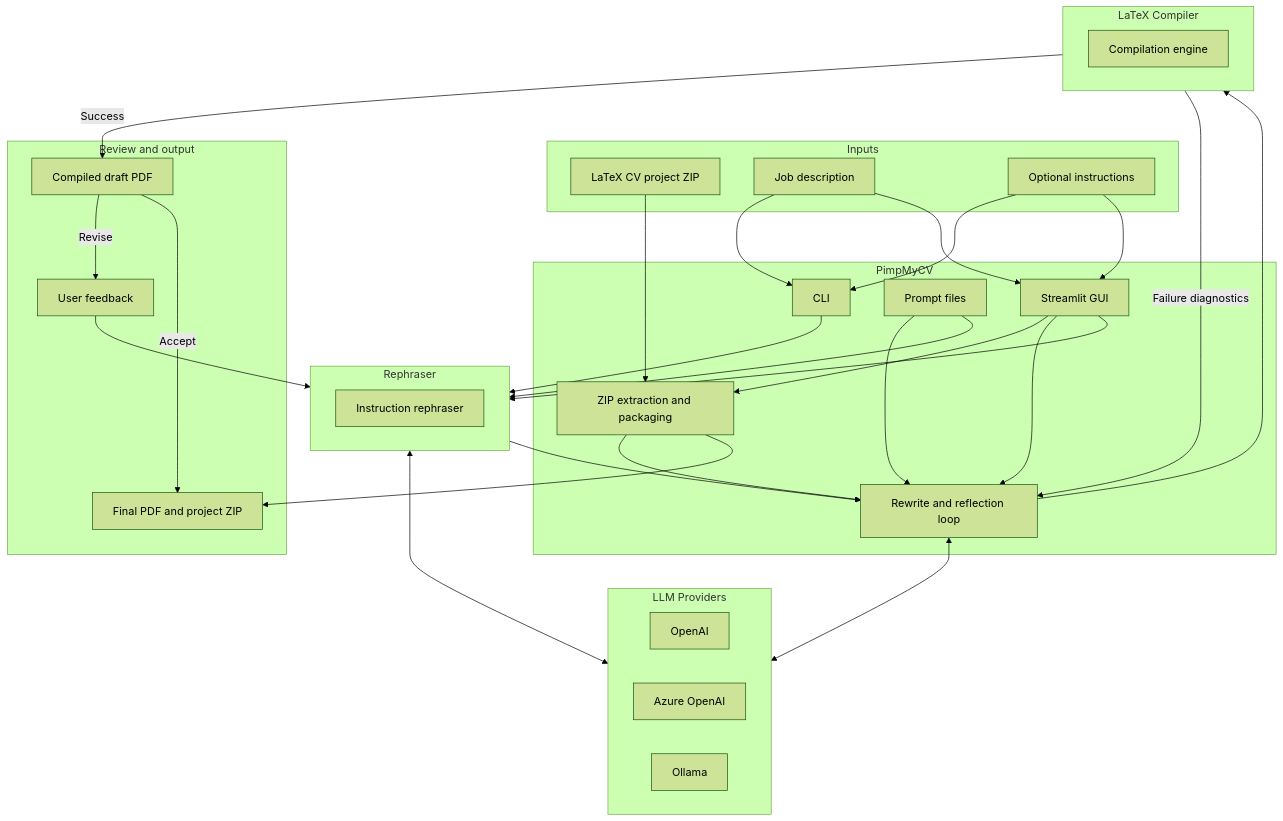
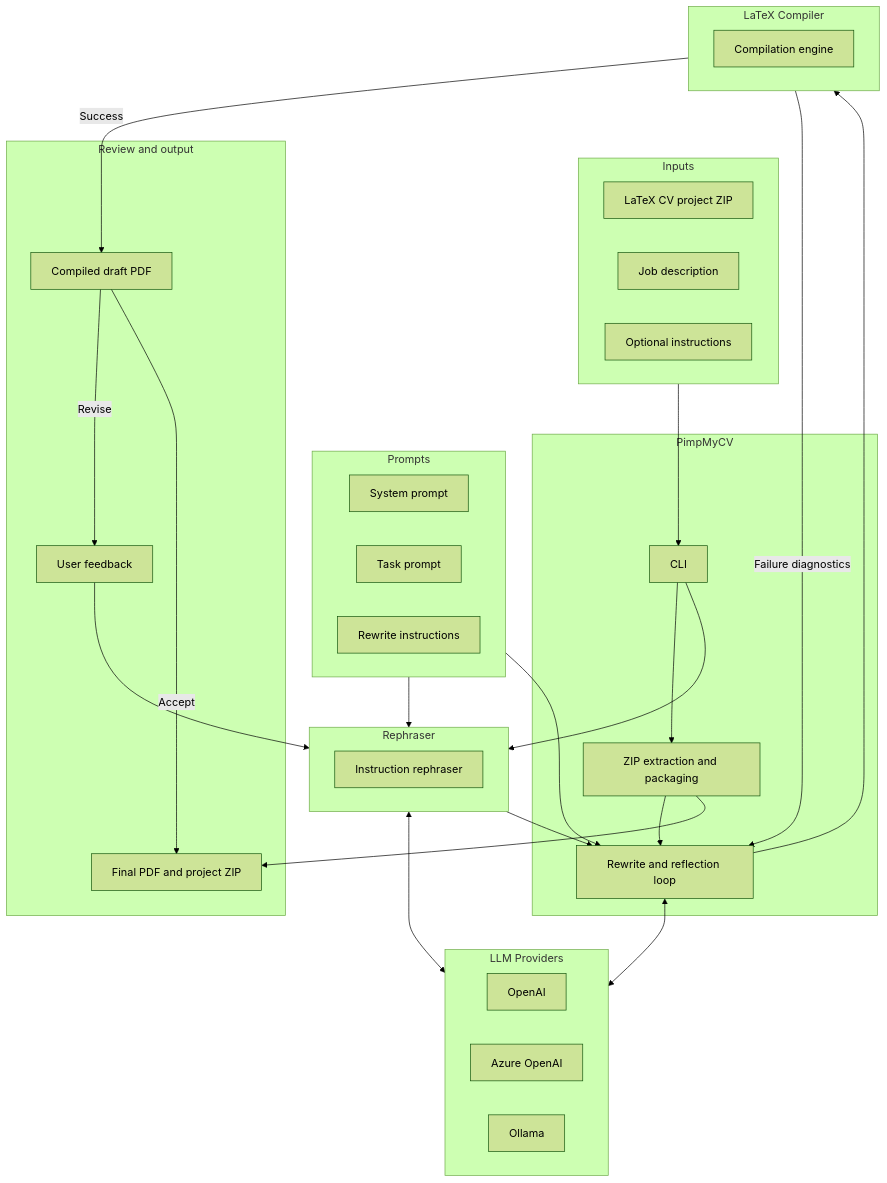
One commit to iosifidisvasileios/PimpMyCV changed the diagram in README.md. Above: the diagram before and after it, drawn with Mermaid (forest theme).

Commit message:
Further simplify architecture diagram
- Extract Prompts into dedicated block with subcomponents
- Simplify Inputs to single arrow connection
- Remove GUI from diagram for cleaner abstraction

````diff
--- a/README.md
+++ b/README.md
@@ -137,57 +137,56 @@
 ```mermaid
 graph TB
     subgraph Inputs["Inputs"]
         CV["LaTeX CV project ZIP"]
         Job["Job description"]
         Instructions["Optional instructions"]
     end
 
     subgraph PimpMyCV["PimpMyCV"]
         CLI["CLI"]
-        GUI["Streamlit GUI"]
         Archive["ZIP extraction and packaging"]
         Agent["Rewrite and reflection loop"]
-        Prompts["Prompt files"]
+    end
+
+    subgraph Prompts["Prompts"]
+        P1["System prompt"]
+        P2["Task prompt"]
+        P3["Rewrite instructions"]
     end
 
     subgraph Rephraser["Rephraser"]
         R1["Instruction rephraser"]
     end
 
     subgraph Compiler["LaTeX Compiler"]
         C1["Compilation engine"]
     end
 
     subgraph Providers["LLM Providers"]
         OpenAI["OpenAI"]
         Azure["Azure OpenAI"]
         Ollama["Ollama"]
     end
 
     subgraph Review_and_Output["Review and output"]
         Draft["Compiled draft PDF"]
         Feedback["User feedback"]
         Final["Final PDF and project ZIP"]
     end
 
-    CV --> Archive --> Agent
-    Job --> CLI
-    Instructions --> CLI
-    Job --> GUI
-    Instructions --> GUI
+    Inputs --> CLI
     CLI --> Rephraser
-    GUI --> Rephraser
     Rephraser --> Agent
-    GUI --> Archive
-    GUI --> Agent
+    CLI --> Archive
+    Archive --> Agent
     Prompts --> Agent
     Prompts --> Rephraser
     Agent <--> Providers
     Rephraser <--> Providers
     Agent --> Compiler
     Compiler -->|Success| Draft
     Compiler -->|Failure diagnostics| Agent
     Draft -->|Revise| Feedback --> Rephraser
     Draft -->|Accept| Final
     Archive --> Final
 ```
````
